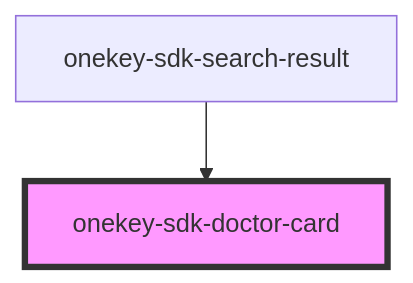
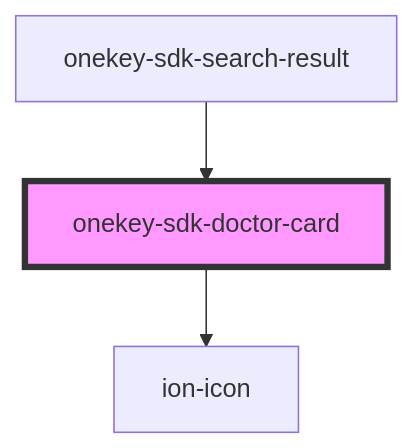
One commit to hcl-sdk/HealthCareLocatorWebSDK changed the diagram in packages/onekey-sdk-core-ui/docs/components/ui-kits/onekey-sdk-doctor-card/readme.md. Above: the diagram before and after it, drawn with Mermaid. The commit also changed other lines of this file and 36 other files, not shown here.

````diff
--- a/packages/onekey-sdk-core-ui/docs/components/ui-kits/onekey-sdk-doctor-card/readme.md
+++ b/packages/onekey-sdk-core-ui/docs/components/ui-kits/onekey-sdk-doctor-card/readme.md
@@ -25,5 +30,6 @@
 ```mermaid
 graph TD;
+  onekey-sdk-doctor-card --> ion-icon
   onekey-sdk-search-result --> onekey-sdk-doctor-card
   style onekey-sdk-doctor-card fill:#f9f,stroke:#333,stroke-width:4px
 ```
````
